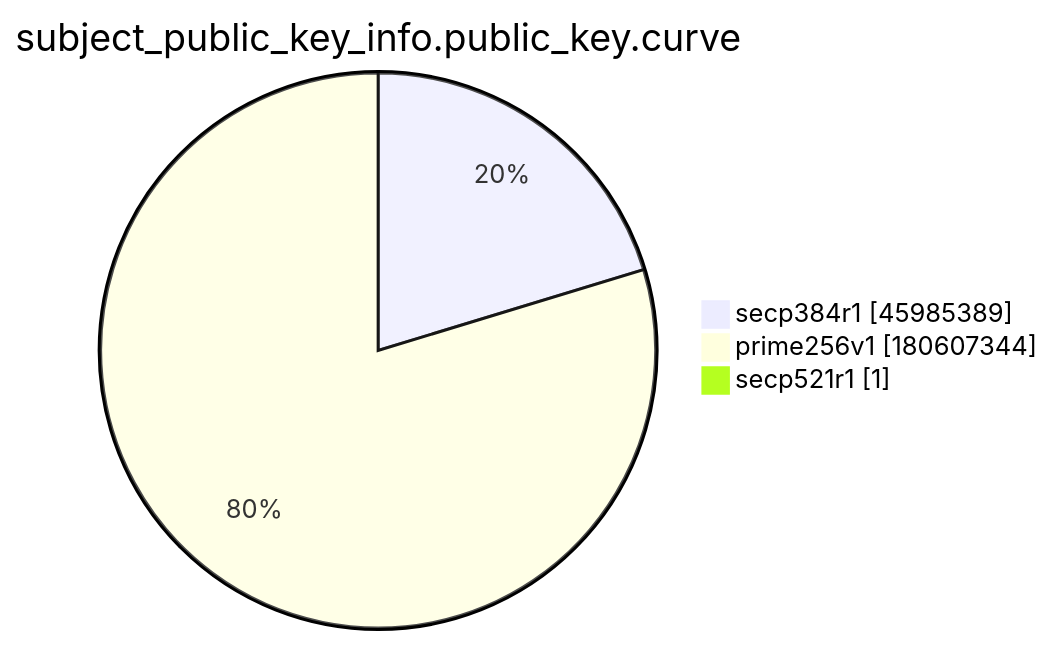
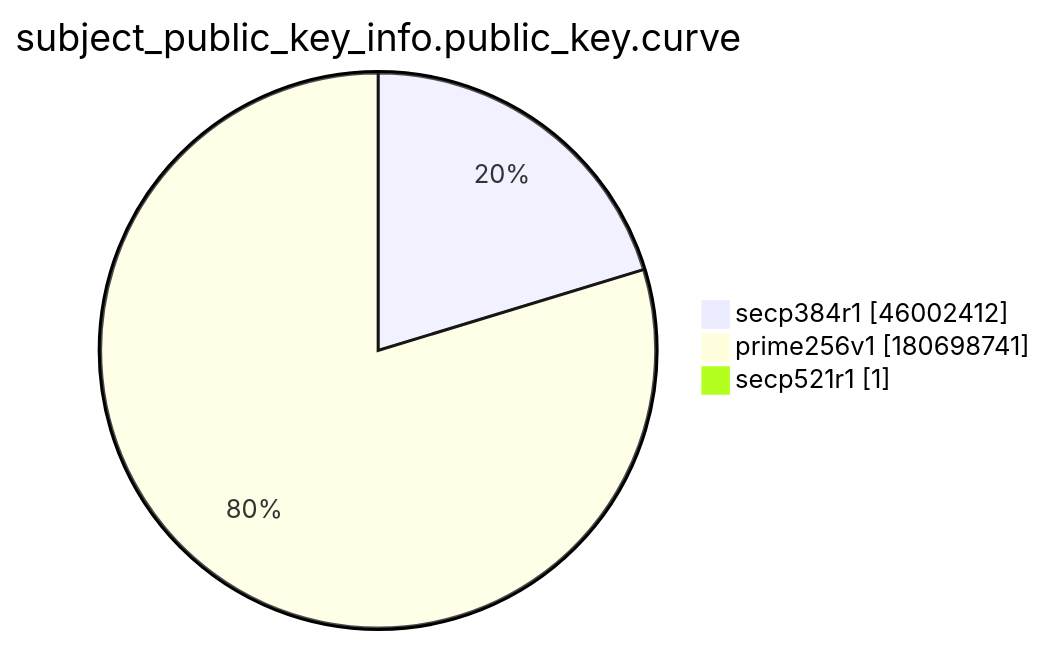
One commit to christiankrug/ctmonitor_visualization changed the ninth of 15 diagrams in xenon2022/README.md. Above: the diagram before and after it, drawn with Mermaid. The commit also changed other lines of this file, not shown here.

````diff
--- a/xenon2022/README.md
+++ b/xenon2022/README.md
@@ -2873,7 +2873,7 @@
 ```mermaid
 pie showData
 title subject_public_key_info.public_key.curve
-"secp384r1" :45985389
-"prime256v1" :180607344
+"secp384r1" :46002412
+"prime256v1" :180698741
 "secp521r1" :1
 ```
````
